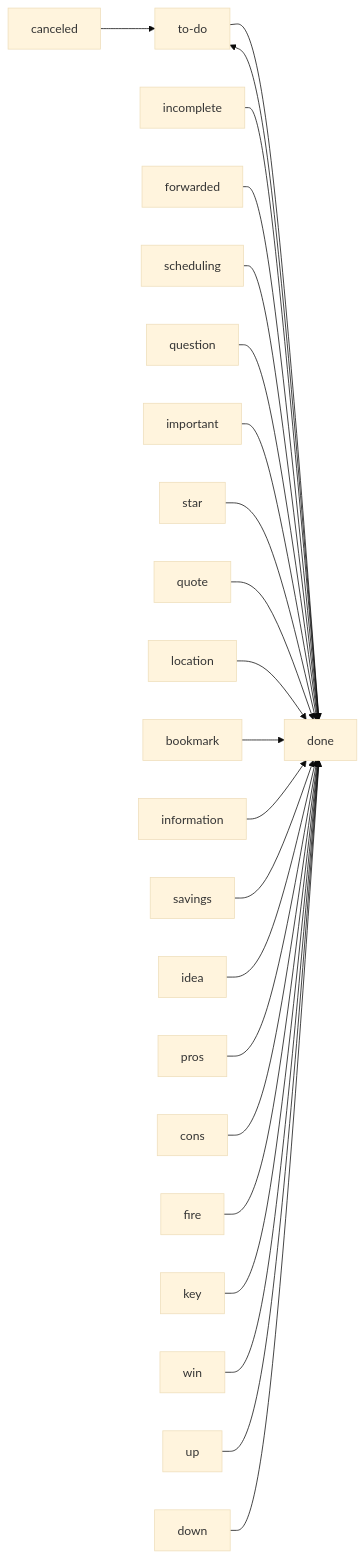
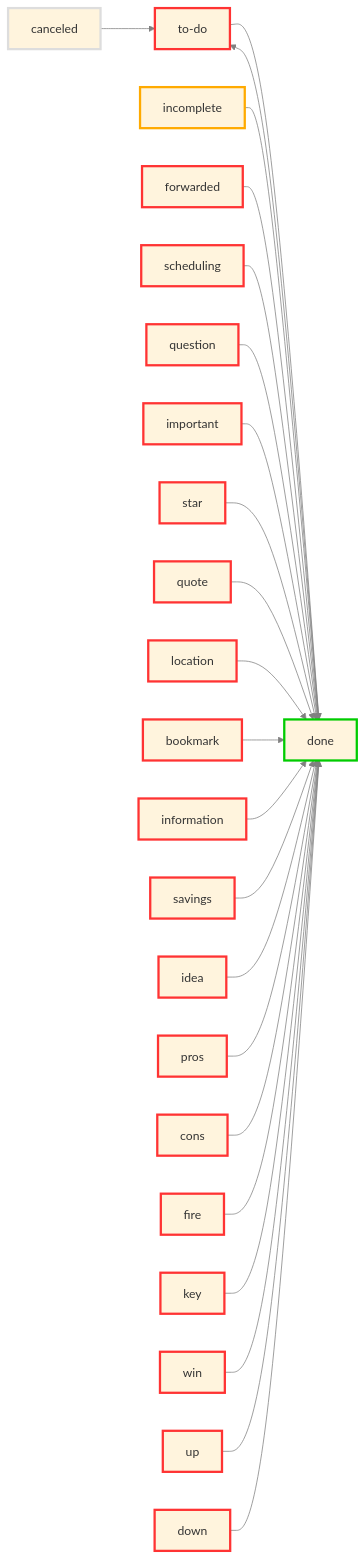
One commit to obsidian-tasks-group/obsidian-tasks changed the diagram in tests/DocumentationSamples/DocsSamplesForStatuses.test.Theme_Things_Table.approved.mermaid.md. Above: the diagram before and after it, drawn with Mermaid (base theme). The commit also changed 19 other files, not shown here.

Commit message:
feat: Show Status Type as coloured edges in Status Diagrams

````diff
--- a/tests/DocumentationSamples/DocsSamplesForStatuses.test.Theme_Things_Table.approved.mermaid.md
+++ b/tests/DocumentationSamples/DocsSamplesForStatuses.test.Theme_Things_Table.approved.mermaid.md
@@ -2,47 +2,56 @@
 ```mermaid
 flowchart LR
-1["to-do"]
-2["incomplete"]
-3["done"]
-4["canceled"]
-5["forwarded"]
-6["scheduling"]
-7["question"]
-8["important"]
-9["star"]
-10["quote"]
-11["location"]
-12["bookmark"]
-13["information"]
-14["savings"]
-15["idea"]
-16["pros"]
-17["cons"]
-18["fire"]
-19["key"]
-20["win"]
-21["up"]
-22["down"]
+
+classDef TODO        stroke:#f33,stroke-width:3px;
+classDef DONE        stroke:#0c0,stroke-width:3px;
+classDef IN_PROGRESS stroke:#fa0,stroke-width:3px;
+classDef CANCELLED   stroke:#ddd,stroke-width:3px;
+classDef NON_TASK    stroke:#99e,stroke-width:3px;
+
+1["to-do"]:::TODO
+2["incomplete"]:::IN_PROGRESS
+3["done"]:::DONE
+4["canceled"]:::CANCELLED
+5["forwarded"]:::TODO
+6["scheduling"]:::TODO
+7["question"]:::TODO
+8["important"]:::TODO
+9["star"]:::TODO
+10["quote"]:::TODO
+11["location"]:::TODO
+12["bookmark"]:::TODO
+13["information"]:::TODO
+14["savings"]:::TODO
+15["idea"]:::TODO
+16["pros"]:::TODO
+17["cons"]:::TODO
+18["fire"]:::TODO
+19["key"]:::TODO
+20["win"]:::TODO
+21["up"]:::TODO
+22["down"]:::TODO
 1 --> 3
 2 --> 3
 3 --> 1
 4 --> 1
 5 --> 3
 6 --> 3
 7 --> 3
 8 --> 3
 9 --> 3
 10 --> 3
 11 --> 3
 12 --> 3
 13 --> 3
 14 --> 3
 15 --> 3
 16 --> 3
 17 --> 3
 18 --> 3
 19 --> 3
 20 --> 3
 21 --> 3
 22 --> 3
+
+linkStyle default stroke:gray
 ```
````
